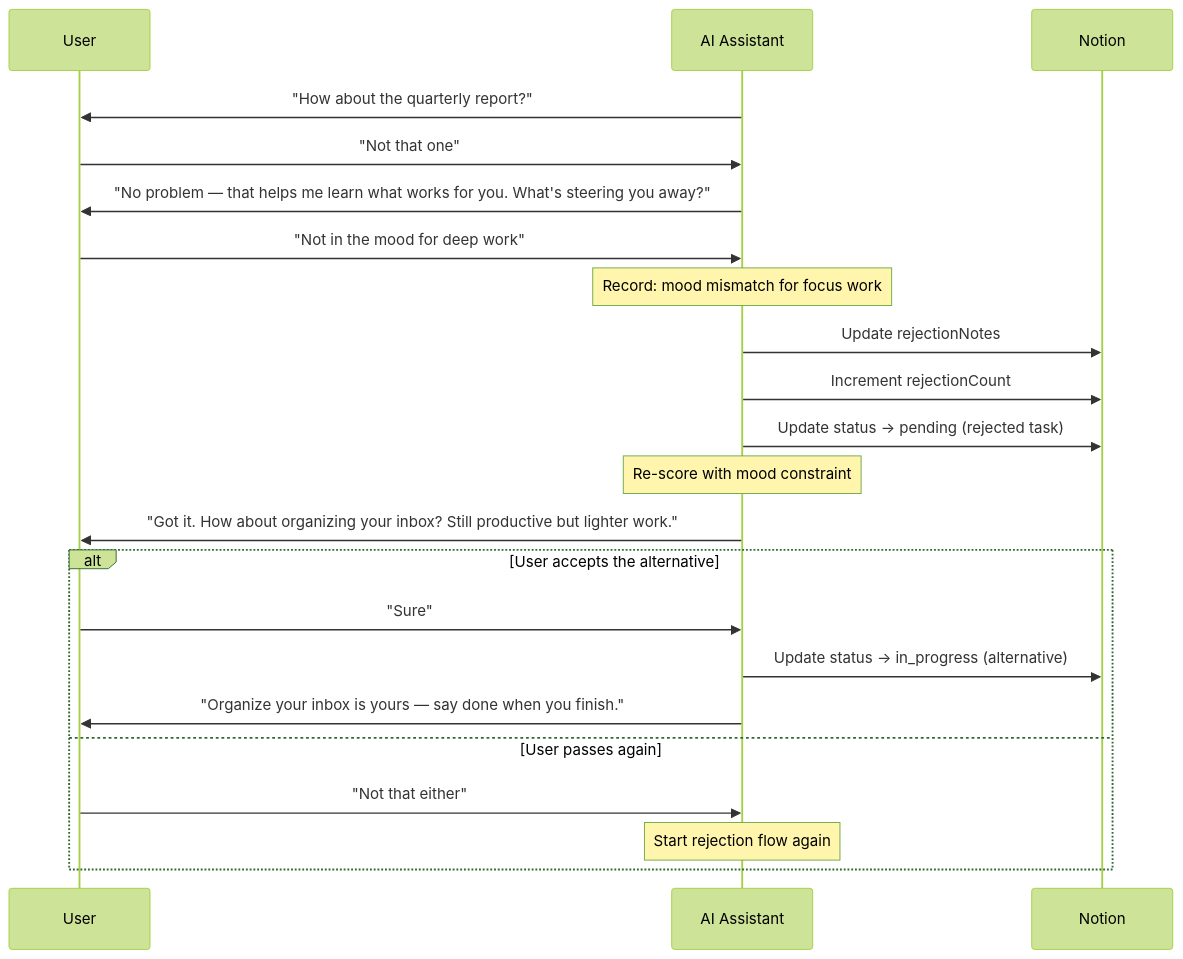
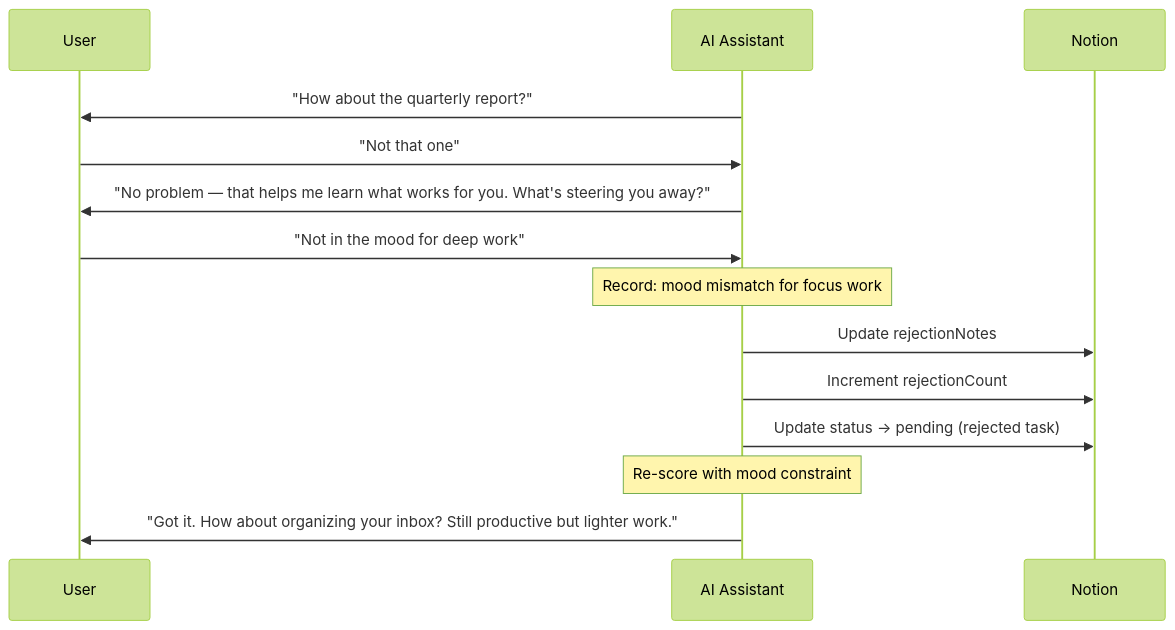
Before and after one commit to NickBorgersProbably/hide-my-list: diagram 11 of 28 in docs/user-interactions.md, drawn with Mermaid (forest theme). The commit also changed other lines of this file and 25 other files, not shown here.

````diff
--- a/docs/user-interactions.md
+++ b/docs/user-interactions.md
@@ -450,31 +445,22 @@
 ```mermaid
 sequenceDiagram
     participant U as User
     participant AI as AI Assistant
     participant N as Notion
 
     AI->>U: "How about the quarterly report?"
     U->>AI: "Not that one"
 
     AI->>U: "No problem — that helps me learn what works for you. What's steering you away?"
     U->>AI: "Not in the mood for deep work"
 
     Note over AI: Record: mood mismatch for focus work
 
     AI->>N: Update rejectionNotes
     AI->>N: Increment rejectionCount
     AI->>N: Update status → pending (rejected task)
 
     Note over AI: Re-score with mood constraint
 
     AI->>U: "Got it. How about organizing your inbox? Still productive but lighter work."
-
-    alt User accepts the alternative
-        U->>AI: "Sure"
-        AI->>N: Update status → in_progress (alternative)
-        AI->>U: "Organize your inbox is yours — say done when you finish."
-    else User passes again
-        U->>AI: "Not that either"
-        Note over AI: Start rejection flow again
-    end
 ```
````
